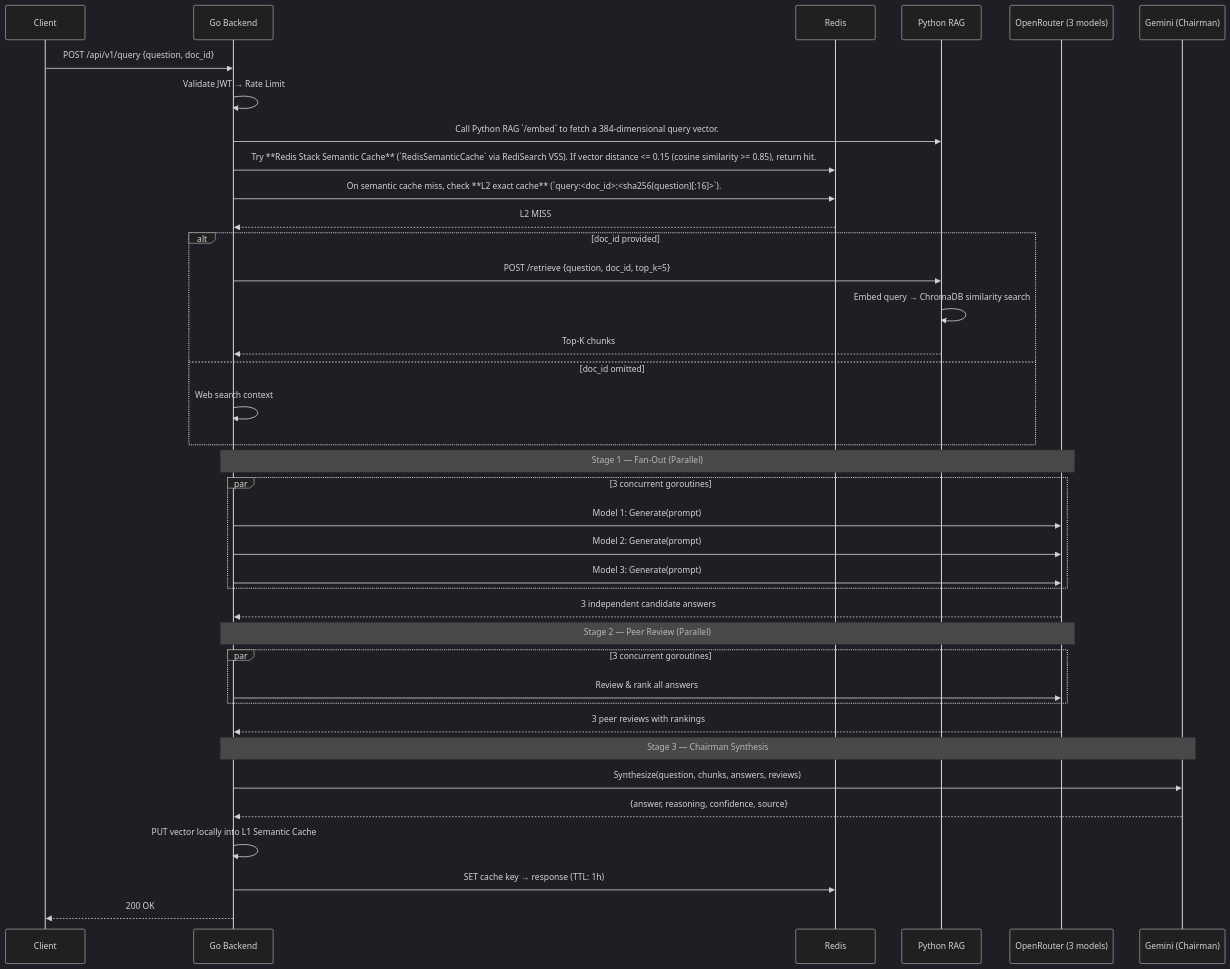
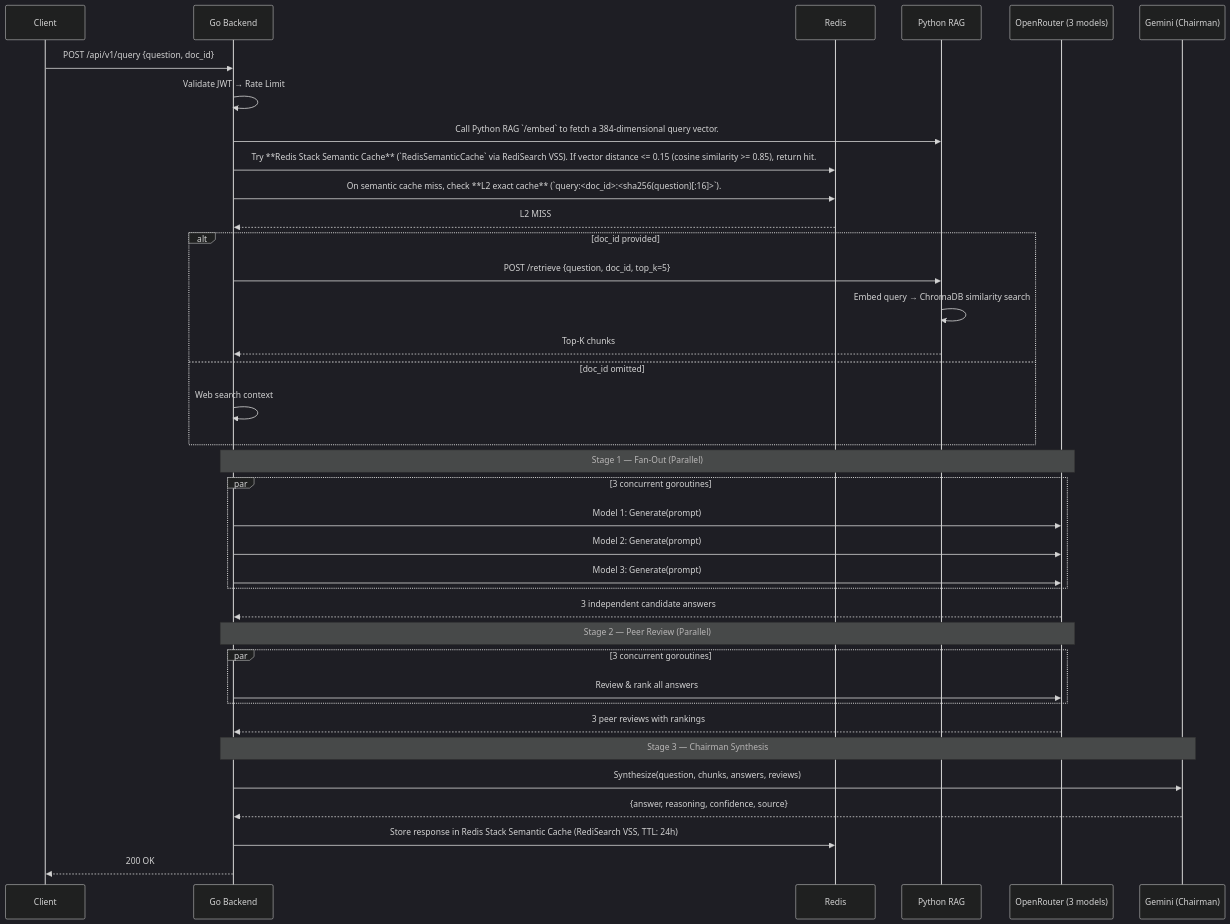
Before and after one commit to regular-life/PadhAI-Dost: the second of 2 diagrams in docs/DESIGN_DOC.md, drawn with Mermaid (dark theme). The commit also changed other lines of this file, not shown here.

Commit message:
docs: sync DESIGN_DOC system overview and sequence diagrams with Redis Stack VSS

````diff
--- a/docs/DESIGN_DOC.md
+++ b/docs/DESIGN_DOC.md
@@ -130,47 +130,46 @@
 ```mermaid
 sequenceDiagram
     participant C as Client
     participant G as Go Backend
     participant R as Redis
     participant P as Python RAG
     participant OR as OpenRouter (3 models)
     participant GM as Gemini (Chairman)
 
     C->>G: POST /api/v1/query {question, doc_id}
     G->>G: Validate JWT → Rate Limit
 
     G->>P: Call Python RAG `/embed` to fetch a 384-dimensional query vector.
     G->>R: Try **Redis Stack Semantic Cache** (`RedisSemanticCache` via RediSearch VSS). If vector distance <= 0.15 (cosine similarity >= 0.85), return hit.
     G->>R: On semantic cache miss, check **L2 exact cache** (`query:<doc_id>:<sha256(question)[:16]>`).
     R-->>G: L2 MISS
 
     alt doc_id provided
         G->>P: POST /retrieve {question, doc_id, top_k=5}
         P->>P: Embed query → ChromaDB similarity search
         P-->>G: Top-K chunks
     else doc_id omitted
         G->>G: Web search context
     end
 
     Note over G,OR: Stage 1 — Fan-Out (Parallel)
     par 3 concurrent goroutines
         G->>OR: Model 1: Generate(prompt)
         G->>OR: Model 2: Generate(prompt)
         G->>OR: Model 3: Generate(prompt)
     end
     OR-->>G: 3 independent candidate answers
 
     Note over G,OR: Stage 2 — Peer Review (Parallel)
     par 3 concurrent goroutines
         G->>OR: Review & rank all answers
     end
     OR-->>G: 3 peer reviews with rankings
 
     Note over G,GM: Stage 3 — Chairman Synthesis
     G->>GM: Synthesize(question, chunks, answers, reviews)
     GM-->>G: {answer, reasoning, confidence, source}
 
-    G->>G: PUT vector locally into L1 Semantic Cache
-    G->>R: SET cache key → response (TTL: 1h)
+    G->>R: Store response in Redis Stack Semantic Cache (RediSearch VSS, TTL: 24h)
     G-->>C: 200 OK
 ```
````
